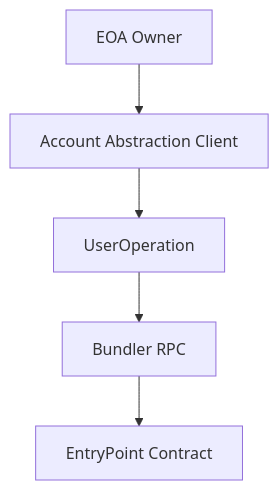
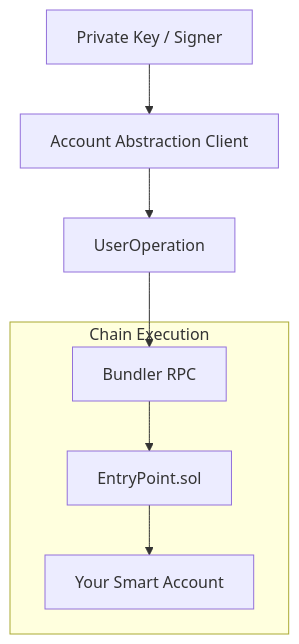
Before and after one commit to ImL1s/dart_web3: the diagram in dart_web3/packages/aa/README.md, drawn with Mermaid. The commit also changed other lines of this file and 31 other files, not shown here.

````diff
--- a/dart_web3/packages/aa/README.md
+++ b/dart_web3/packages/aa/README.md
@@ -15,7 +17,15 @@
 ```mermaid
 graph TD
-    Owner[EOA Owner] --> AA[Account Abstraction Client]
-    AA --> UserOp[UserOperation]
-    UserOp --> Bundler[Bundler RPC]
-    Bundler --> EntryPoint[EntryPoint Contract]
+    EOA[Private Key / Signer] --> AAClient[Account Abstraction Client]
+    AAClient --> UserOp[UserOperation]
+    
+    subgraph Network [Chain Execution]
+        Bundler[Bundler RPC]
+        EntryPoint[EntryPoint.sol]
+        SmartAcc[Your Smart Account]
+    end
+    
+    UserOp --> Bundler
+    Bundler --> EntryPoint
+    EntryPoint --> SmartAcc
 ```
````
